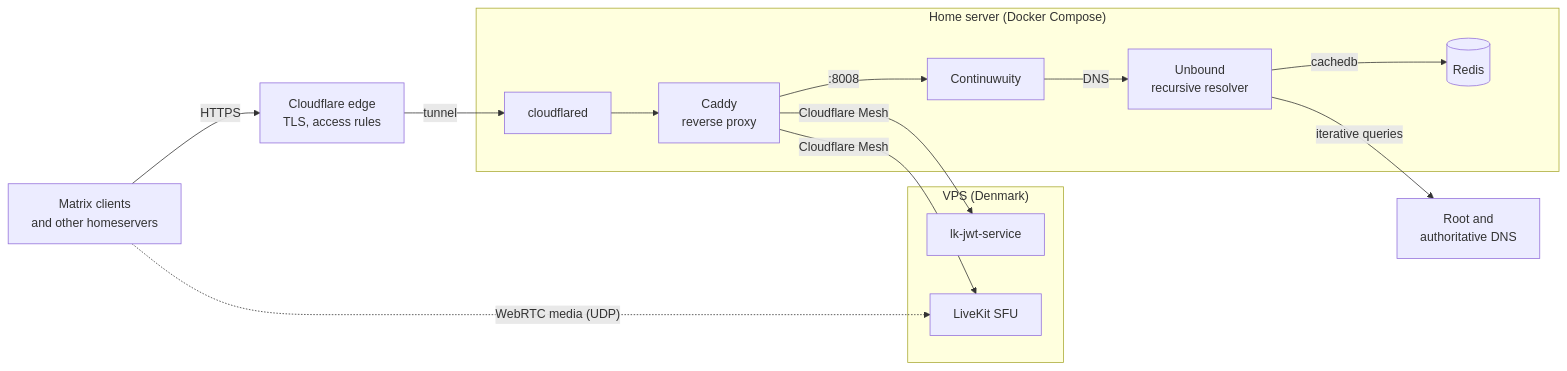
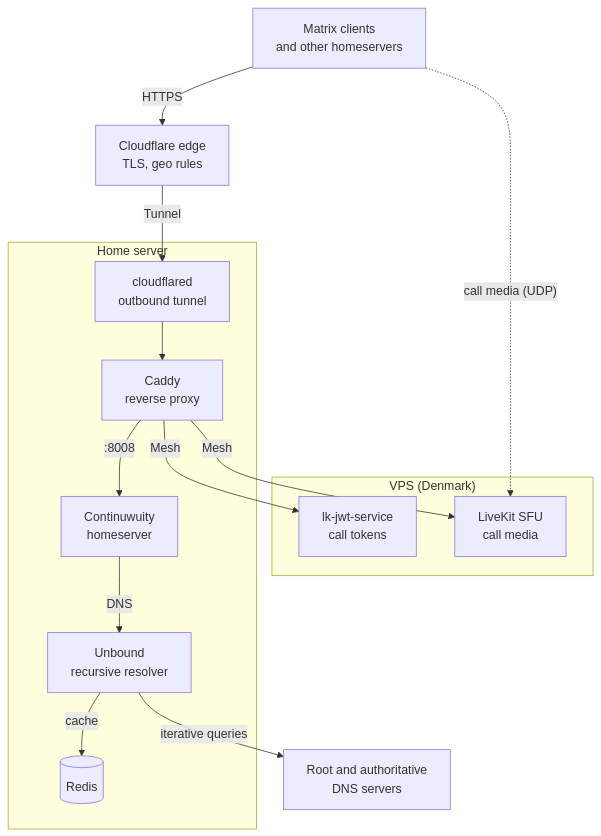
Before and after one commit to witcher619916/continuwuity-server: the first of 2 diagrams in README.md, drawn with Mermaid. The commit also changed other lines of this file, not shown here.

````diff
--- a/README.md
+++ b/README.md
@@ -17,22 +18,26 @@
 ```mermaid
-flowchart LR
-    users["Matrix clients<br/>and other homeservers"] -->|HTTPS| cf["Cloudflare edge<br/>TLS, access rules"]
+flowchart TB
+    users["Matrix clients<br/>and other homeservers"]
+    cf["Cloudflare edge<br/>TLS, geo rules"]
 
-    subgraph home["Home server (Docker Compose)"]
-        cfd["cloudflared"] --> caddy["Caddy<br/>reverse proxy"]
-        caddy -->|":8008"| matrix["Continuwuity"]
-        matrix -->|DNS| unbound["Unbound<br/>recursive resolver"]
-        unbound -->|cachedb| redis[("Redis")]
+    subgraph home["Home server"]
+        cfd["cloudflared<br/>outbound tunnel"] --> caddy["Caddy<br/>reverse proxy"]
+        caddy -->|":8008"| matrix["Continuwuity<br/>homeserver"]
+        matrix -->|"DNS"| unbound["Unbound<br/>recursive resolver"]
+        unbound -->|"cache"| redis[("Redis")]
     end
 
     subgraph vps["VPS (Denmark)"]
-        jwt["lk-jwt-service"]
-        lk["LiveKit SFU"]
+        jwt["lk-jwt-service<br/>call tokens"]
+        lk["LiveKit SFU<br/>call media"]
     end
 
-    cf -->|tunnel| cfd
-    caddy -->|"Cloudflare Mesh"| jwt
-    caddy -->|"Cloudflare Mesh"| lk
-    unbound -->|"iterative queries"| root["Root and<br/>authoritative DNS"]
-    users -.->|"WebRTC media (UDP)"| lk
+    root["Root and authoritative<br/>DNS servers"]
+
+    users -->|"HTTPS"| cf
+    cf -->|"Tunnel"| cfd
+    caddy -->|"Mesh"| jwt
+    caddy -->|"Mesh"| lk
+    unbound -->|"iterative queries"| root
+    users -.->|"call media (UDP)"| lk
 ```
````
